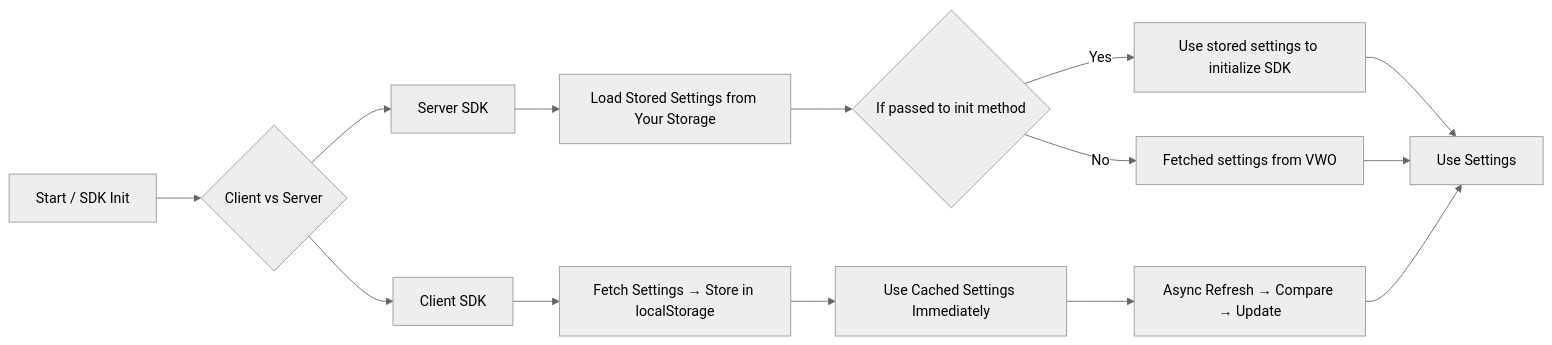
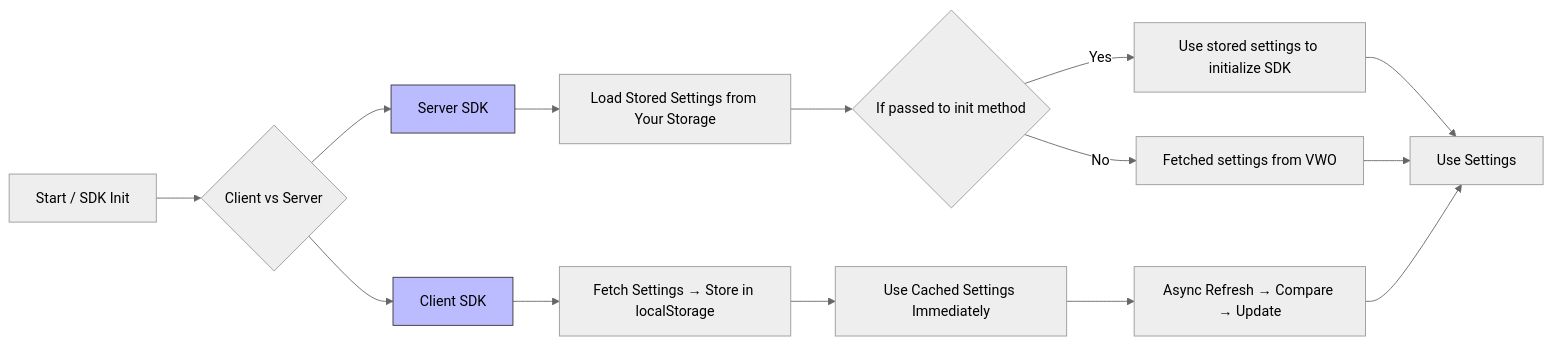
One commit to wingify/readme-central changed the third of 3 diagrams in docs/Concepts/fme-sdks-caching.md. Above: the diagram before and after it, drawn with Mermaid (neutral theme). The commit also changed other lines of this file, not shown here.

Commit message:
Update doc `fme-sdks-caching`

````diff
--- a/docs/Concepts/fme-sdks-caching.md
+++ b/docs/Concepts/fme-sdks-caching.md
@@ -196,16 +194,25 @@
 ```mermaid
 graph LR
   A[Start / SDK Init] --> B{Client vs Server}
   B --> C[Client SDK]
   B --> D[Server SDK]
   C --> E[Fetch Settings → Store in localStorage]
   E --> F[Use Cached Settings Immediately]
   F --> G[Async Refresh → Compare → Update]
   D --> H[Load Stored Settings from Your Storage]
   H --> I{If passed to init method}
   I -->|Yes| J[Use stored settings to initialize SDK]
   I -->|No| K[Fetched settings from VWO]
   J --> L[Use Settings]
   K --> L
   G --> L
+  
+  %% Assign classes
+  class C client
+  class D server
+
+  %% Define styles
+  classDef client fill:#bbf,stroke:#333,stroke-width:1px,color:#000
+  classDef server fill:#bbf,stroke:#333,stroke-width:1px,color:#000
+
 ```
````
